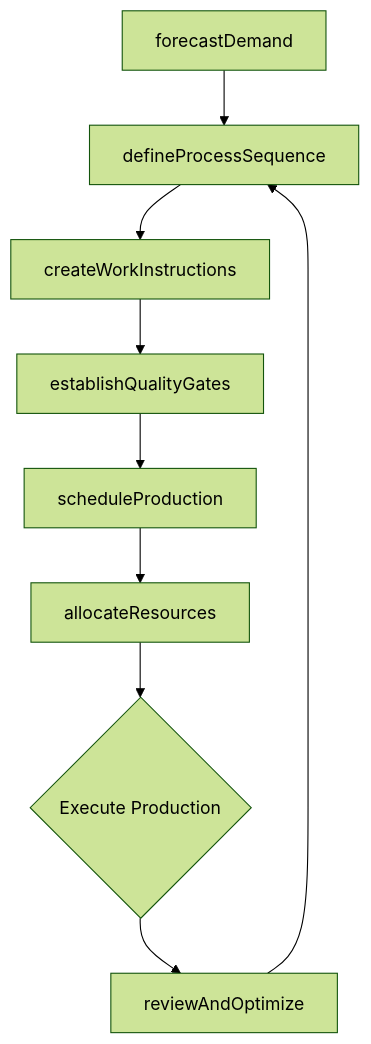
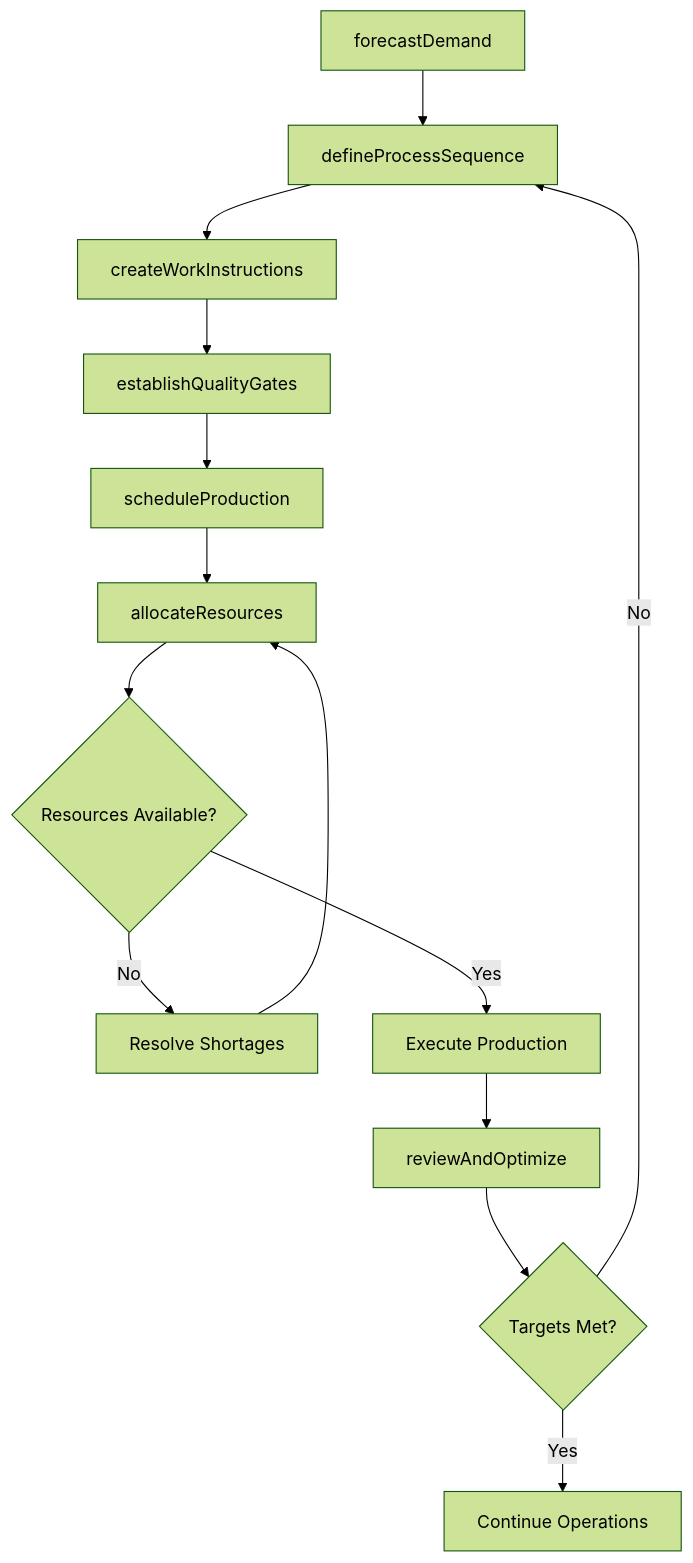
Before and after one commit to dot-org-ai/tasks.org.ai: the third of 4 diagrams in OrganizingPlanningAndPrioritizingWork/PlanWorkActivities/PlanProductionOperationalProceduresSequences.mdx, drawn with Mermaid (forest theme). The commit also changed other lines of this file and 266 other files, not shown here.

First line of the commit message:
feat: Add ER diagrams, state diagrams to wave 2 batch (251 DWA files)

````diff
--- a/OrganizingPlanningAndPrioritizingWork/PlanWorkActivities/PlanProductionOperationalProceduresSequences.mdx
+++ b/OrganizingPlanningAndPrioritizingWork/PlanWorkActivities/PlanProductionOperationalProceduresSequences.mdx
@@ -86,11 +114,16 @@
 ```mermaid
 graph TD
     A[forecastDemand] --> B[defineProcessSequence]
     B --> C[createWorkInstructions]
     C --> D[establishQualityGates]
     D --> E[scheduleProduction]
     E --> F[allocateResources]
-    F --> G{Execute Production}
-    G --> H[reviewAndOptimize]
-    H --> B
+    F --> G{Resources Available?}
+    G -->|No| H[Resolve Shortages]
+    H --> F
+    G -->|Yes| I[Execute Production]
+    I --> J[reviewAndOptimize]
+    J --> K{Targets Met?}
+    K -->|No| B
+    K -->|Yes| L[Continue Operations]
 ```
````
